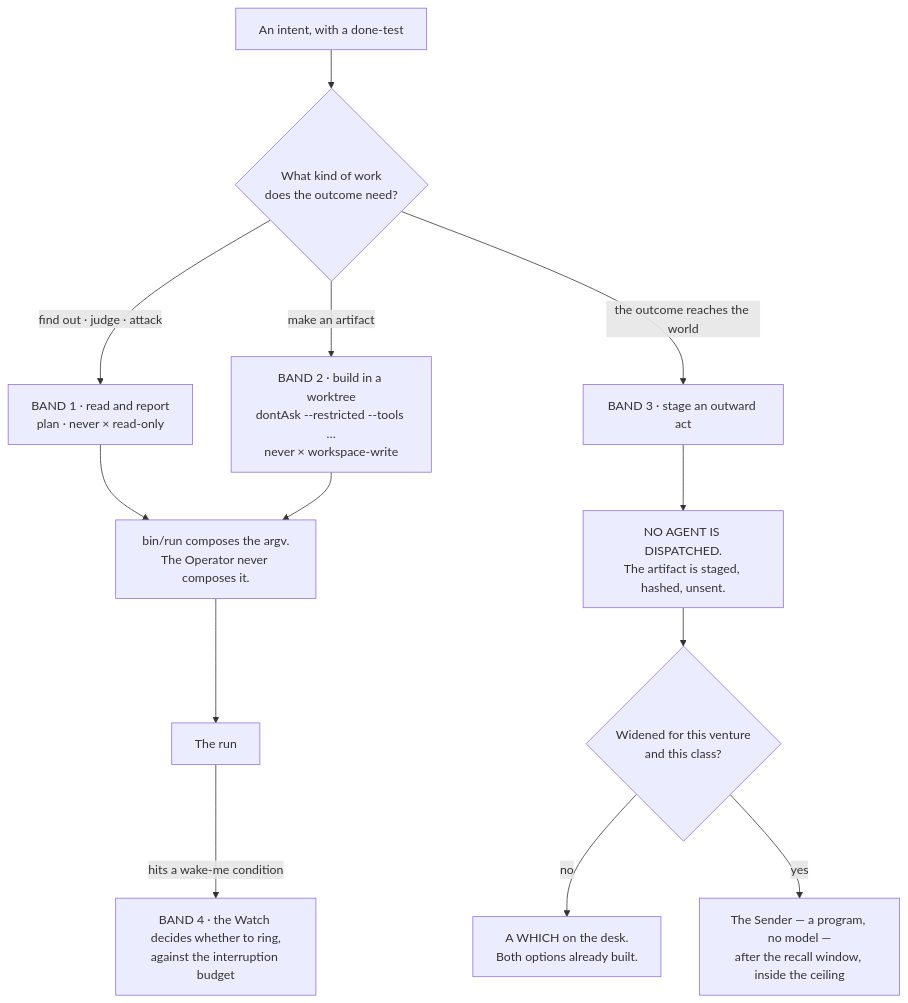
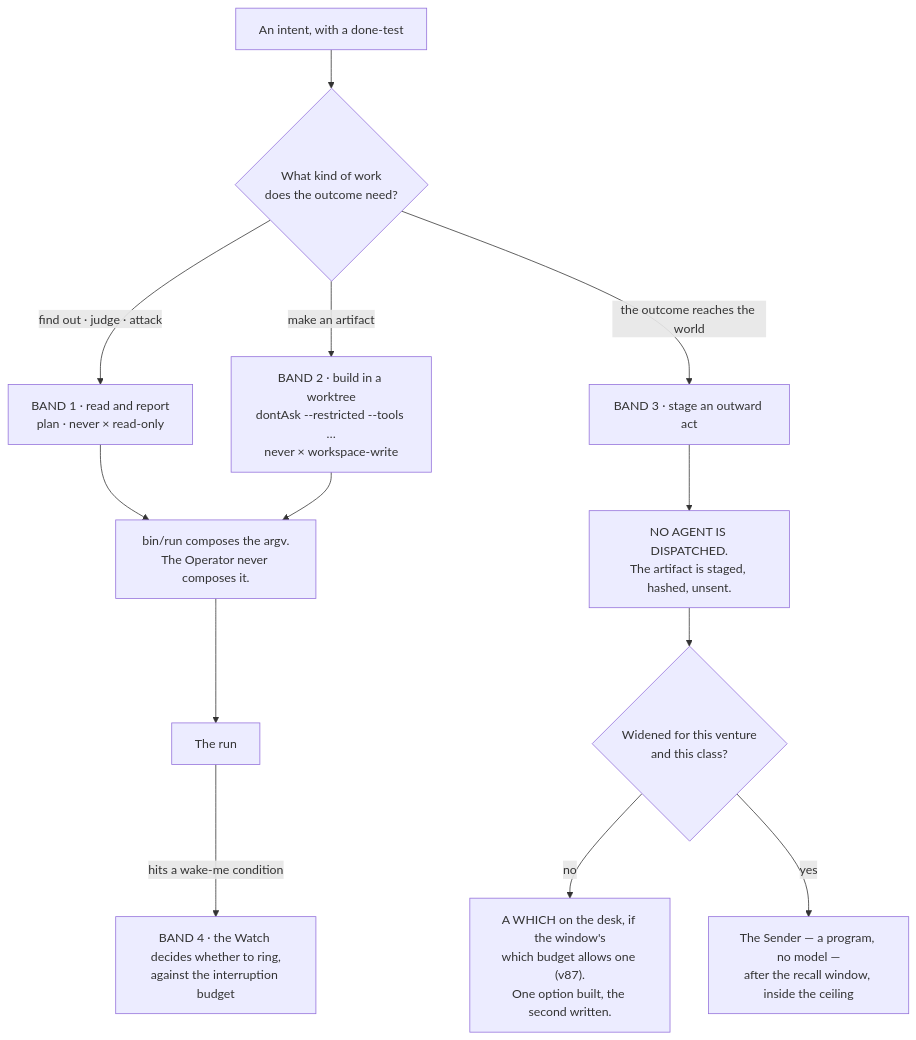
Before and after one commit to Adam077K/agentvibe: the second of 5 diagrams in docs/03-system-design/final-v2/parts/12-control.md, drawn with Mermaid. The commit also changed other lines of this file and 3 other files, not shown here.

First line of the commit message:
docs(final-v2): fixer round applied to §9–§12 — fallback chain on the shipped flag, CLIs as the second family with no keys, daemon row, adequacy axis, R12 split, verb table, ladder, one stop verb

````diff
--- a/docs/03-system-design/final-v2/parts/12-control.md
+++ b/docs/03-system-design/final-v2/parts/12-control.md
@@ -140,15 +184,15 @@
 ```mermaid
 flowchart TD
     INTENT["An intent, with a done-test"] --> KIND{"What kind of work<br/>does the outcome need?"}
     KIND -->|"find out · judge · attack"| B1["BAND 1 · read and report<br/>plan · never × read-only"]
     KIND -->|"make an artifact"| B2["BAND 2 · build in a worktree<br/>dontAsk --restricted --tools …<br/>never × workspace-write"]
     KIND -->|"the outcome reaches the world"| B3["BAND 3 · stage an outward act"]
     B1 --> DISPATCH["bin/run composes the argv.<br/>The Operator never composes it."]
     B2 --> DISPATCH
     B3 --> NOAGENT["NO AGENT IS DISPATCHED.<br/>The artifact is staged, hashed, unsent."]
     NOAGENT --> DOOR{"Widened for this venture<br/>and this class?"}
-    DOOR -->|"no"| WHICH["A WHICH on the desk.<br/>Both options already built."]
+    DOOR -->|"no"| WHICH["A WHICH on the desk, if the window's<br/>which budget allows one (v87).<br/>One option built, the second written."]
     DOOR -->|"yes"| SENDER["The Sender — a program, no model —<br/>after the recall window, inside the ceiling"]
     DISPATCH --> RUN["The run"]
     RUN -->|"hits a wake-me condition"| WATCH["BAND 4 · the Watch decides whether to ring,<br/>against the interruption budget"]
 ```
````
